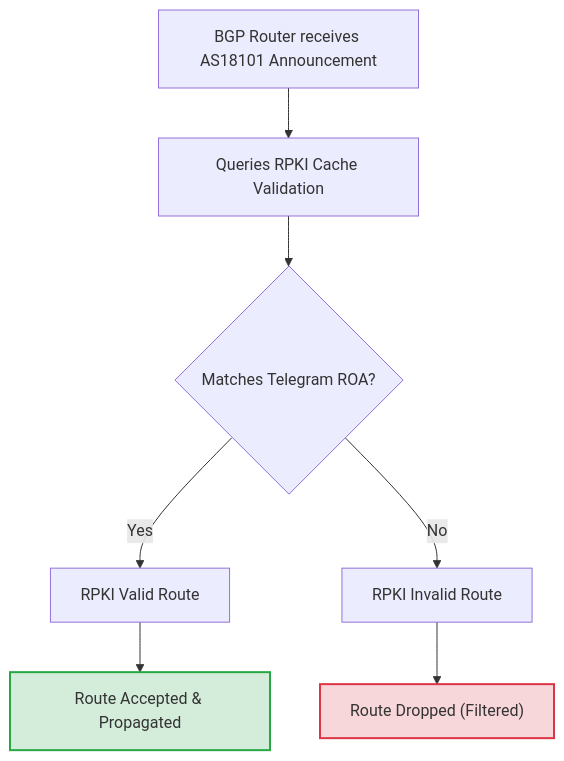
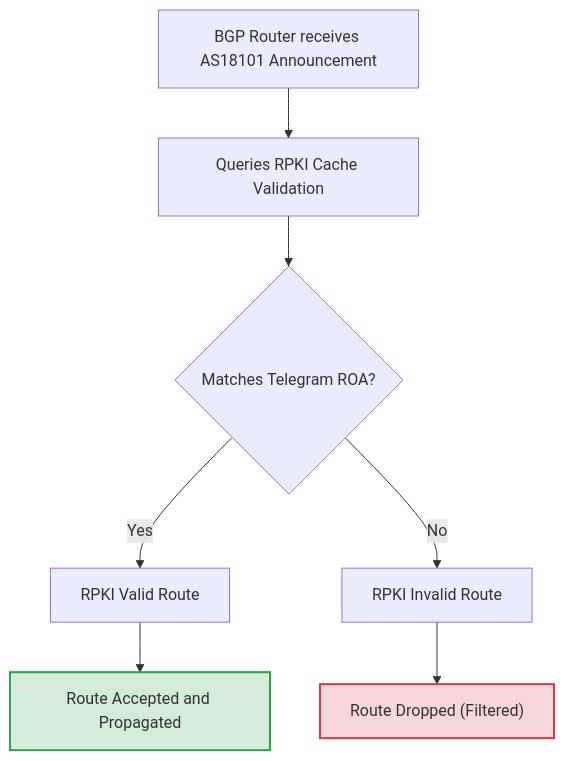
Before and after one commit to the-solipsist/telegram-bgp-hijack-analysis: the first of 2 diagrams in README.md, drawn with Mermaid.

Commit message:
Fix Mermaid diagram syntax error on GitHub by replacing ampersand with 'and'

````diff
--- a/README.md
+++ b/README.md
@@ -223,12 +223,12 @@
 ```mermaid
 flowchart TD
     recv["BGP Router receives AS18101 Announcement"] --> query["Queries RPKI Cache Validation"]
     query --> check{"Matches Telegram ROA?"}
     check -->|Yes| valid["RPKI Valid Route"]
     check -->|No| invalid["RPKI Invalid Route"]
-    valid --> accept["Route Accepted & Propagated"]
+    valid --> accept["Route Accepted and Propagated"]
     invalid --> drop["Route Dropped (Filtered)"]
     
     style accept fill:#d4edda,stroke:#28a745,stroke-width:2px
     style drop fill:#f8d7da,stroke:#dc3545,stroke-width:2px
 ```
````
